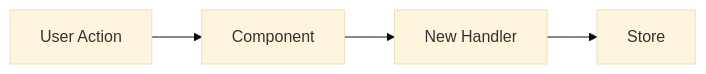
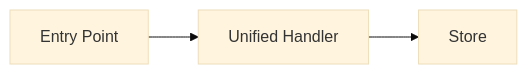
One commit to imankha/video-editor changed the diagram in .claude/agents/architect.md. Above: the diagram before and after it, drawn with Mermaid (base theme). The commit also changed other lines of this file and 1 other file, not shown here.

First line of the commit message:
docs: Clarify Architect vs Implementation concerns

````diff
--- a/.claude/agents/architect.md
+++ b/.claude/agents/architect.md
@@ -74,6 +89,5 @@
 ```mermaid
 flowchart LR
-    A[User Action] --> B[Component]
-    B --> C[New Handler]
-    C --> D[Store]
+    A[Entry Point] --> B[Unified Handler]
+    B --> C[Store]
 ```
````
